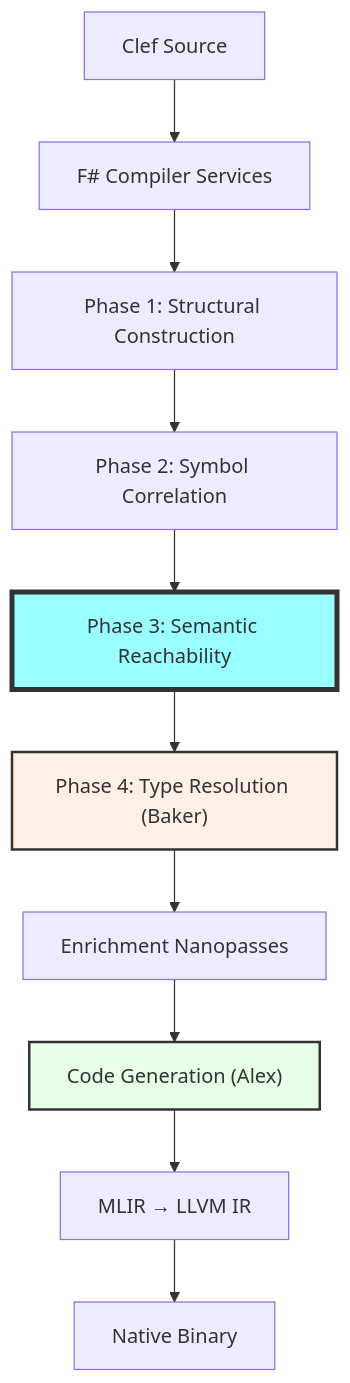
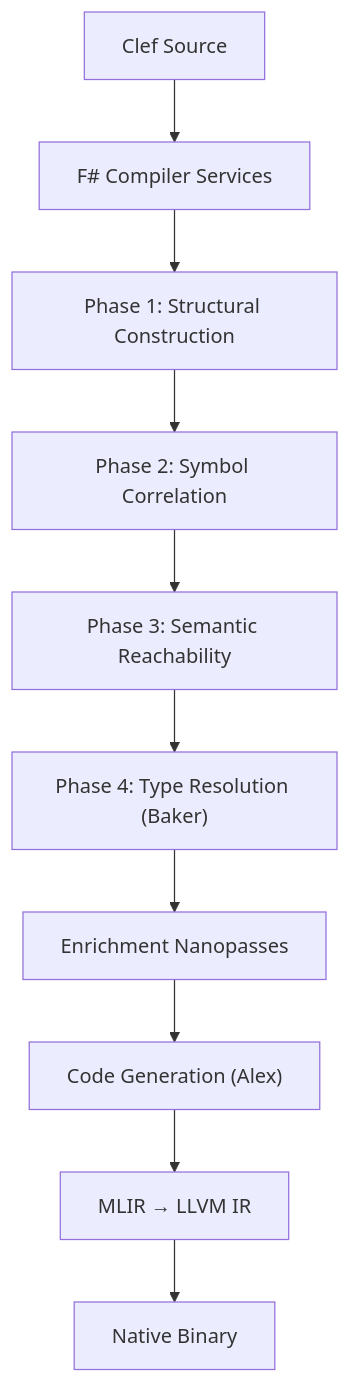
The diagram in hugo/content/docs/internals/pipeline/intelligent-tree-shaking.md (FidelityFramework/clef-lang-site), drawn with Mermaid before and after one commit. The commit also changed 20 other files, not shown here.

Commit message:
clear formatting of mermaid markup

````diff
--- a/hugo/content/docs/internals/pipeline/intelligent-tree-shaking.md
+++ b/hugo/content/docs/internals/pipeline/intelligent-tree-shaking.md
@@ -132,16 +132,13 @@
 ```mermaid
 graph TB
     FS[Clef Source] --> FCS[F# Compiler Services]
     FCS --> P1[Phase 1: Structural Construction]
     P1 --> P2[Phase 2: Symbol Correlation]
     P2 --> P3[Phase 3: Semantic Reachability]
     P3 --> P4["Phase 4: Type Resolution (Baker)"]
     P4 --> ENRICH[Enrichment Nanopasses]
     ENRICH --> ALEX["Code Generation (Alex)"]
     ALEX --> MLIR[MLIR → LLVM IR]
     MLIR --> BIN[Native Binary]
 
-    style P3 fill:#9ff,stroke:#333,stroke-width:4px
-    style P4 fill:#fff0e6,stroke:#333,stroke-width:2px
-    style ALEX fill:#e6ffe6,stroke:#333,stroke-width:2px
 ```
````
